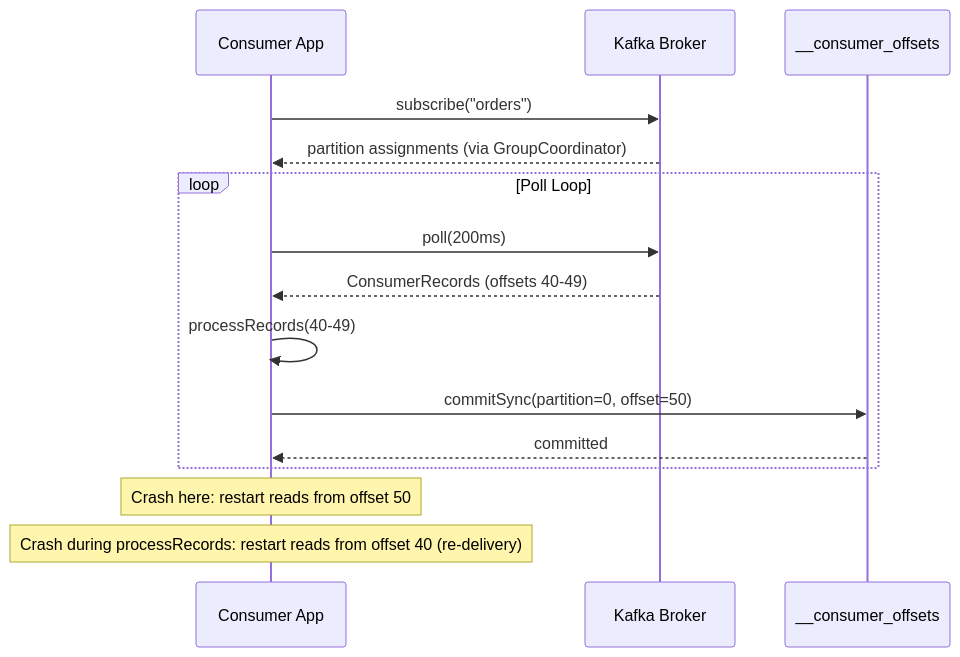
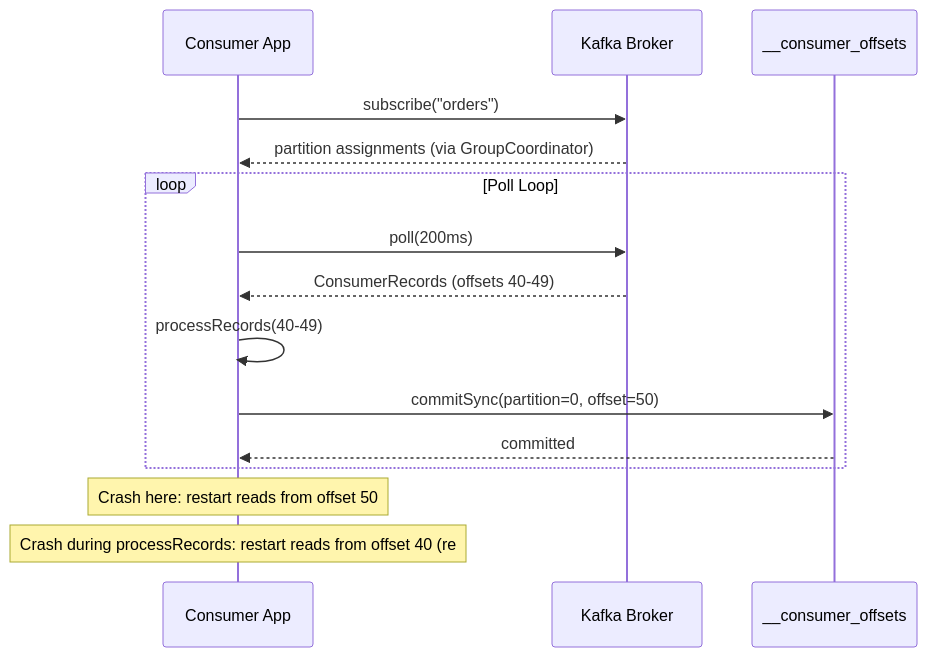
The second of 3 diagrams in docs/kafka/Kafka - L1 Producers and Consumers.md (shivakrishnak/sk-int), drawn with Mermaid before and after one commit. The commit also changed other lines of this file and 892 other files, not shown here.

````diff
--- a/docs/kafka/Kafka - L1 Producers and Consumers.md
+++ b/docs/kafka/Kafka - L1 Producers and Consumers.md
@@ -598,20 +598,20 @@
 ```mermaid
 sequenceDiagram
     participant App as Consumer App
     participant Kafka as Kafka Broker
     participant Offsets as __consumer_offsets
 
     App->>Kafka: subscribe("orders")
     Kafka-->>App: partition assignments (via GroupCoordinator)
 
     loop Poll Loop
         App->>Kafka: poll(200ms)
         Kafka-->>App: ConsumerRecords (offsets 40-49)
         App->>App: processRecords(40-49)
         App->>Offsets: commitSync(partition=0, offset=50)
         Offsets-->>App: committed
     end
 
     Note over App: Crash here: restart reads from offset 50
-    Note over App: Crash during processRecords: restart reads from offset 40 (re-delivery)
+    Note over App: Crash during processRecords: restart reads from offset 40 (re
 ```
````
